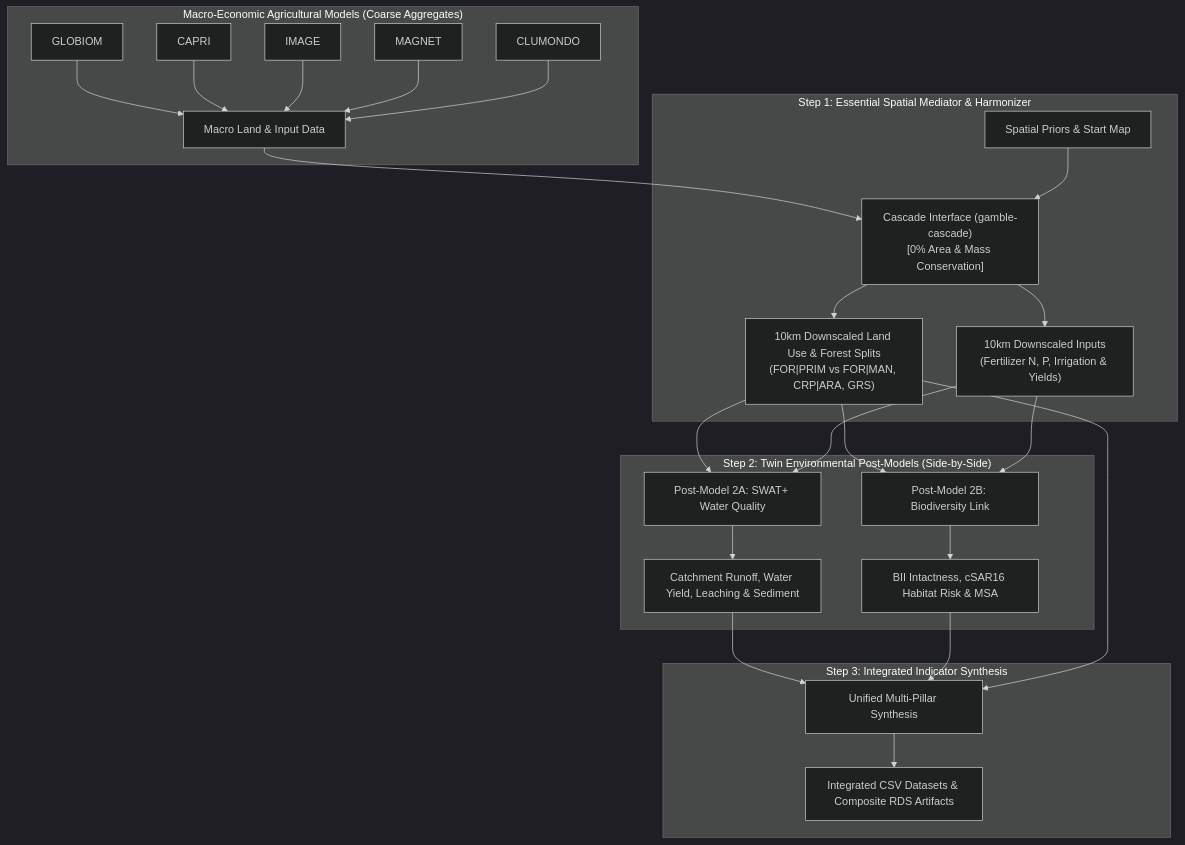
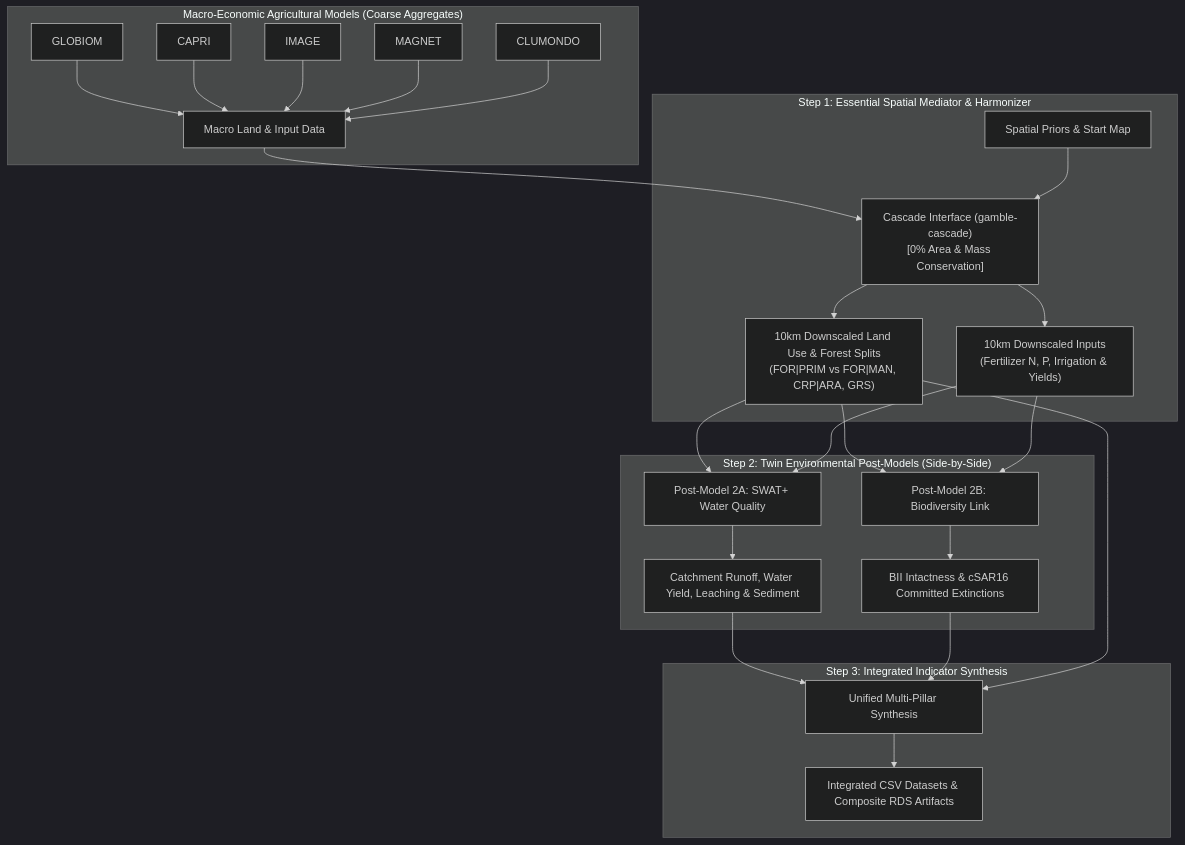
Before and after one commit to lringwald/act4cap-model-orchestrator: the diagram in docs/architecture.md, drawn with Mermaid (dark theme). The commit also changed other lines of this file and 9 other files, not shown here.

````diff
--- a/docs/architecture.md
+++ b/docs/architecture.md
@@ -10,34 +10,34 @@
 ```mermaid
 flowchart TD
     subgraph Macro Models ["Macro-Economic Agricultural Models (Coarse Aggregates)"]
         A1[GLOBIOM] --> M[Macro Land & Input Data]
         A2[CAPRI] --> M
         A3[IMAGE] --> M
         A4[MAGNET] --> M
         A5[CLUMONDO] --> M
     end
 
     subgraph Step 1: Spatial Mediation ["Step 1: Essential Spatial Mediator & Harmonizer"]
         M --> CG["Cascade Interface (gamble-cascade)\n[0% Area & Mass Conservation]"]
         P[Spatial Priors & Start Map] --> CG
         CG --> LU["10km Downscaled Land Use & Forest Splits\n(FOR|PRIM vs FOR|MAN, CRP|ARA, GRS)"]
         CG --> INP["10km Downscaled Inputs\n(Fertilizer N, P, Irrigation & Yields)"]
     end
 
     subgraph Step 2: Environmental Post-Modelling ["Step 2: Twin Environmental Post-Models (Side-by-Side)"]
         LU --> SW[Post-Model 2A: SWAT+ Water Quality]
         INP --> SW
         SW --> WQ[Catchment Runoff, Water Yield, Leaching & Sediment]
         
         LU --> BL[Post-Model 2B: Biodiversity Link]
         INP --> BL
-        BL --> BD[BII Intactness, cSAR16 Habitat Risk & MSA]
+        BL --> BD[BII Intactness & cSAR16 Committed Extinctions]
     end
 
     subgraph Step 3: Synthesis & Reporting ["Step 3: Integrated Indicator Synthesis"]
         WQ --> SYN[Unified Multi-Pillar Synthesis]
         BD --> SYN
         LU --> SYN
         SYN --> OUT[Integrated CSV Datasets & Composite RDS Artifacts]
     end
 ```
````
